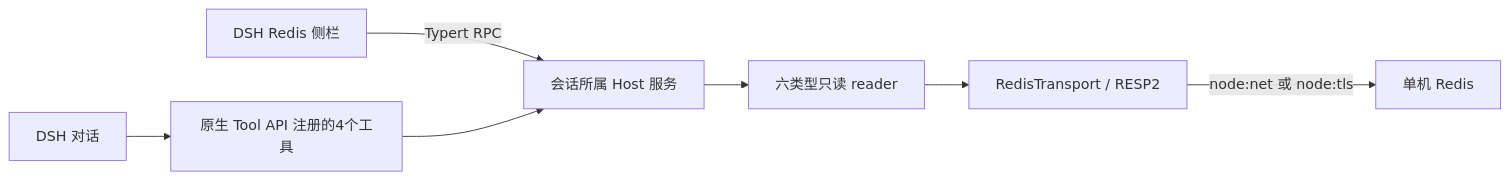
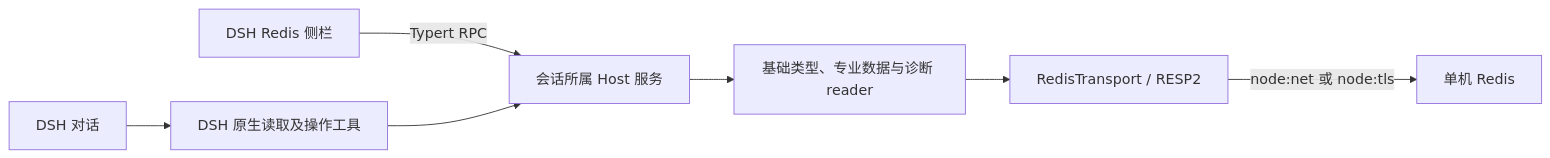
One commit to WhitePlusMS/dsh-redis changed the diagram in docs/DEVELOPMENT.md. Above: the diagram before and after it, drawn with Mermaid. The commit also changed other lines of this file and 8 other files, not shown here.

````diff
--- a/docs/DEVELOPMENT.md
+++ b/docs/DEVELOPMENT.md
@@ -50,9 +50,9 @@
 ```mermaid
 flowchart LR
   Sidebar[DSH Redis 侧栏] -->|Typert RPC| Host[会话所属 Host 服务]
-  Chat[DSH 对话] --> Tools[原生 Tool API 注册的4个工具]
+  Chat[DSH 对话] --> Tools[DSH 原生读取及操作工具]
   Tools --> Host
-  Host --> Readers[六类型只读 reader]
+  Host --> Readers[基础类型、专业数据与诊断 reader]
   Readers --> Transport[RedisTransport / RESP2]
   Transport -->|node:net 或 node:tls| Redis[单机 Redis]
 ```
````
